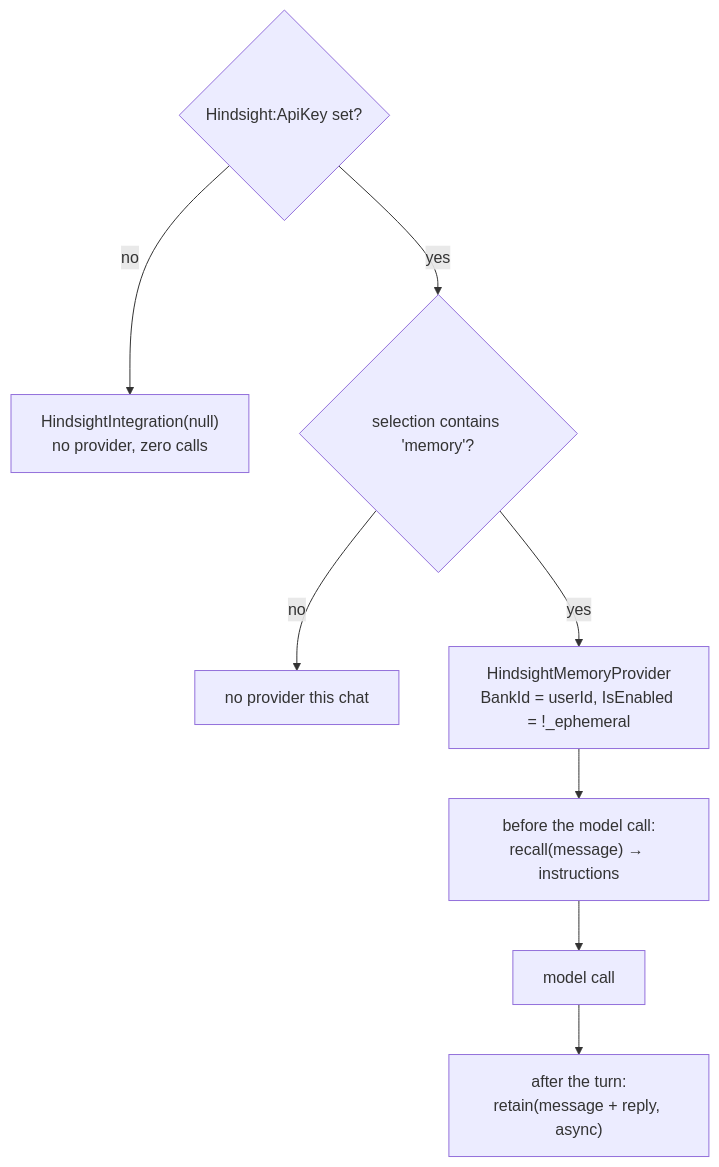
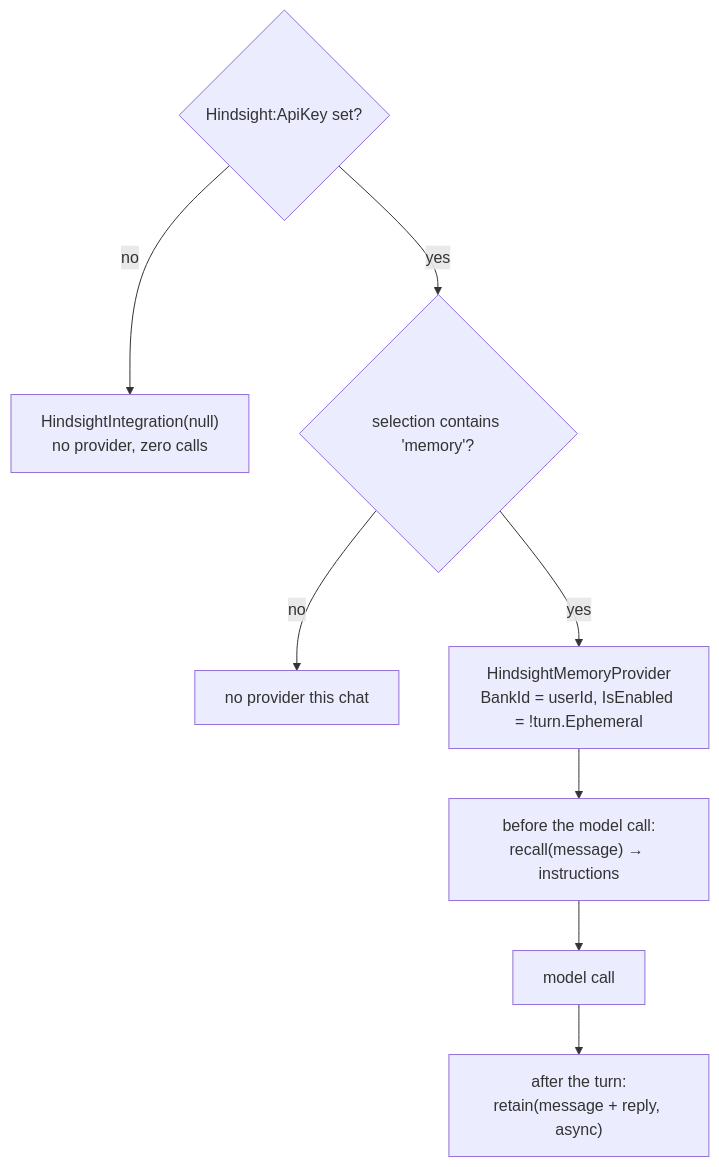
Before and after one commit to Expecho/Agent42: the diagram in docs/features/long-term-memory.md, drawn with Mermaid. The commit also changed other lines of this file and 63 other files, not shown here.

````diff
--- a/docs/features/long-term-memory.md
+++ b/docs/features/long-term-memory.md
@@ -35,10 +35,10 @@
 ```mermaid
 flowchart TD
     CFG{"Hindsight:ApiKey set?"} -->|no| NULL["HindsightIntegration(null)<br/>no provider, zero calls"]
     CFG -->|yes| SEL{"selection contains 'memory'?"}
     SEL -->|no| NONE["no provider this chat"]
-    SEL -->|yes| PROV["HindsightMemoryProvider<br/>BankId = userId, IsEnabled = !_ephemeral"]
+    SEL -->|yes| PROV["HindsightMemoryProvider<br/>BankId = userId, IsEnabled = !turn.Ephemeral"]
     PROV --> RECALL["before the model call:<br/>recall(message) → instructions"]
     RECALL --> MODEL["model call"]
     MODEL --> RETAIN["after the turn:<br/>retain(message + reply, async)"]
 ```
````
